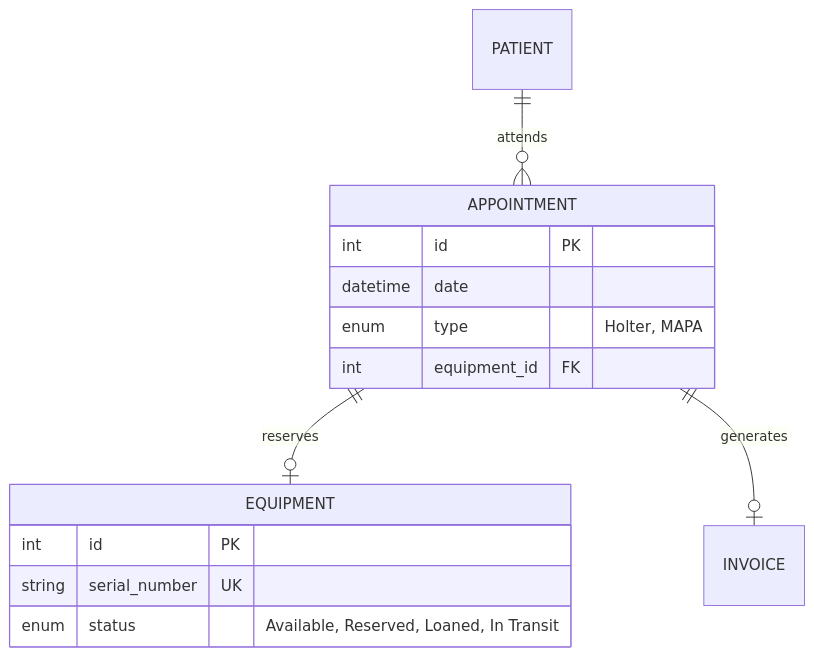
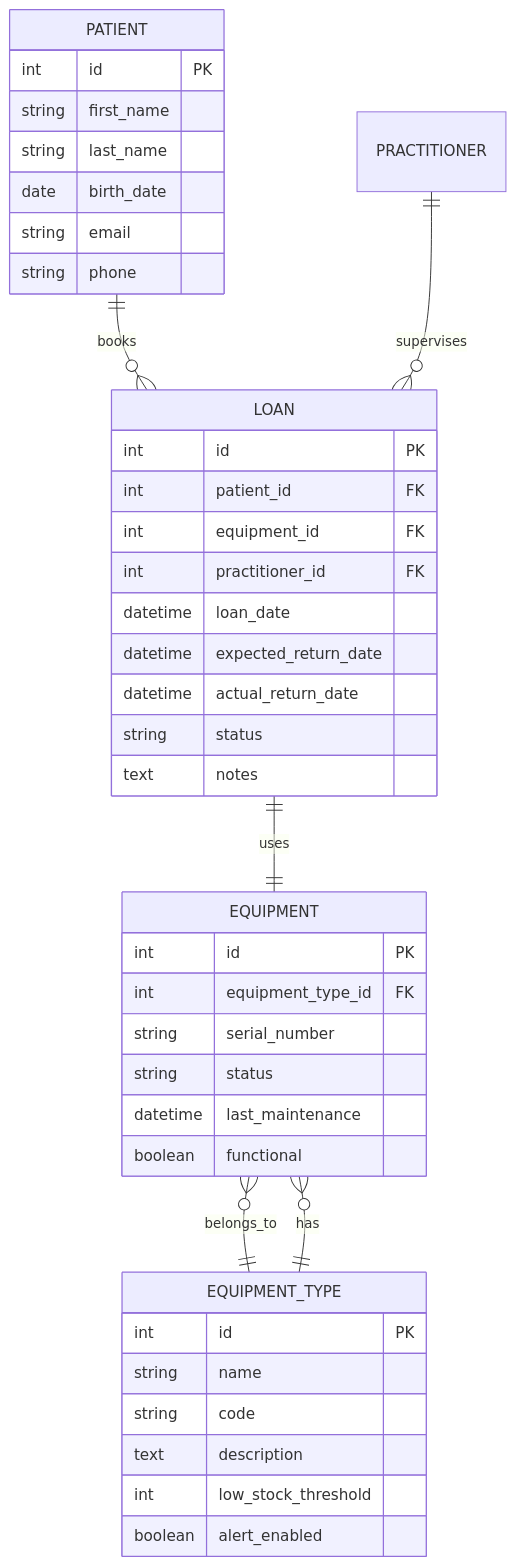
One commit to vtiquet/holbertonschool-portfolio_project changed the second of 3 diagrams in Report_main.md. Above: the diagram before and after it, drawn with Mermaid. The commit also changed other lines of this file, not shown here.

````diff
--- a/Report_main.md
+++ b/Report_main.md
@@ -84,20 +128,47 @@
 ```mermaid
 erDiagram
-    PATIENT ||--o{ APPOINTMENT : "attends"
-    APPOINTMENT ||--o| EQUIPMENT : "reserves"
-    APPOINTMENT ||--o| INVOICE : "generates"
+    PATIENT ||--o{ LOAN : books
+    LOAN ||--|| EQUIPMENT : uses
+    EQUIPMENT }o--|| EQUIPMENT_TYPE : belongs_to
+    PRACTITIONER ||--o{ LOAN : supervises
+    EQUIPMENT_TYPE ||--o{ EQUIPMENT : has
     
-    APPOINTMENT {
+    PATIENT {
         int id PK
-        datetime date
-        enum type "Holter, MAPA"
+        string first_name
+        string last_name
+        date birth_date
+        string email
+        string phone
+    }
+    
+    LOAN {
+        int id PK
+        int patient_id FK
         int equipment_id FK
+        int practitioner_id FK
+        datetime loan_date
+        datetime expected_return_date
+        datetime actual_return_date
+        string status
+        text notes
     }
-
+    
     EQUIPMENT {
         int id PK
-        string serial_number UK
-        enum status "Available, Reserved, Loaned, In Transit"
+        int equipment_type_id FK
+        string serial_number
+        string status
+        datetime last_maintenance
+        boolean functional
     }
-
+    
+    EQUIPMENT_TYPE {
+        int id PK
+        string name
+        string code
+        text description
+        int low_stock_threshold
+        boolean alert_enabled
+    }
 ```
````
